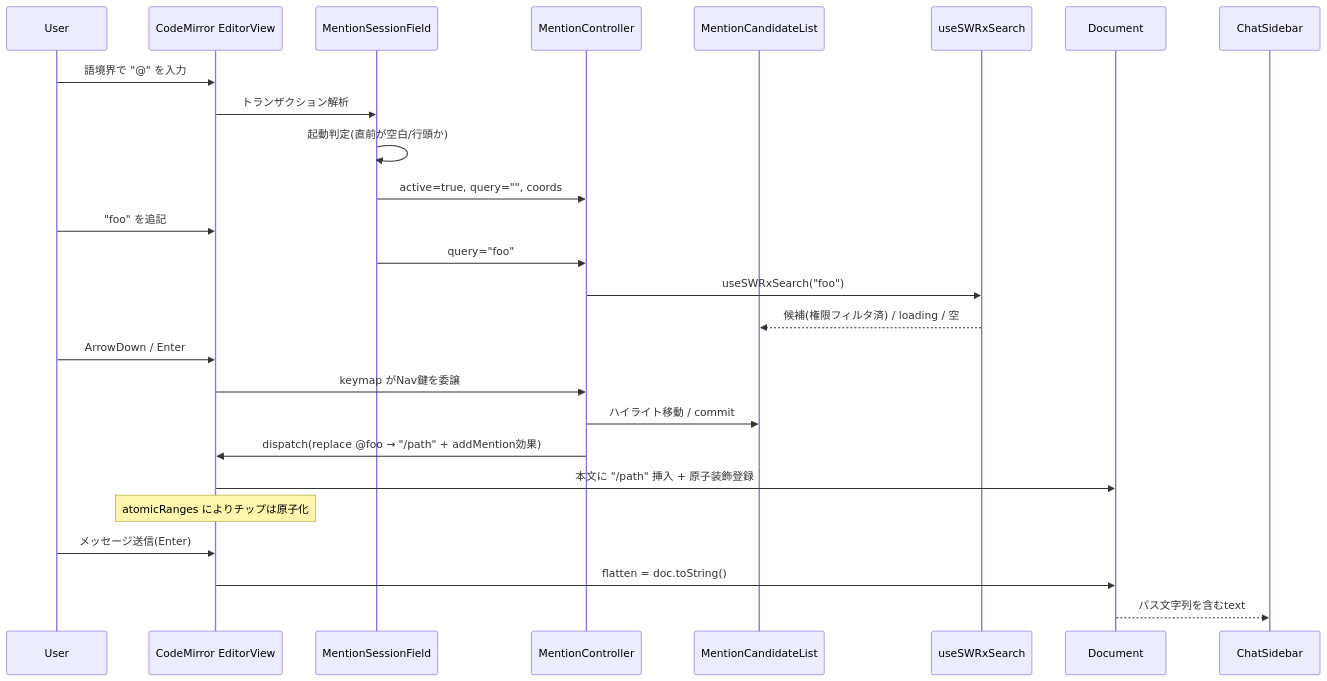
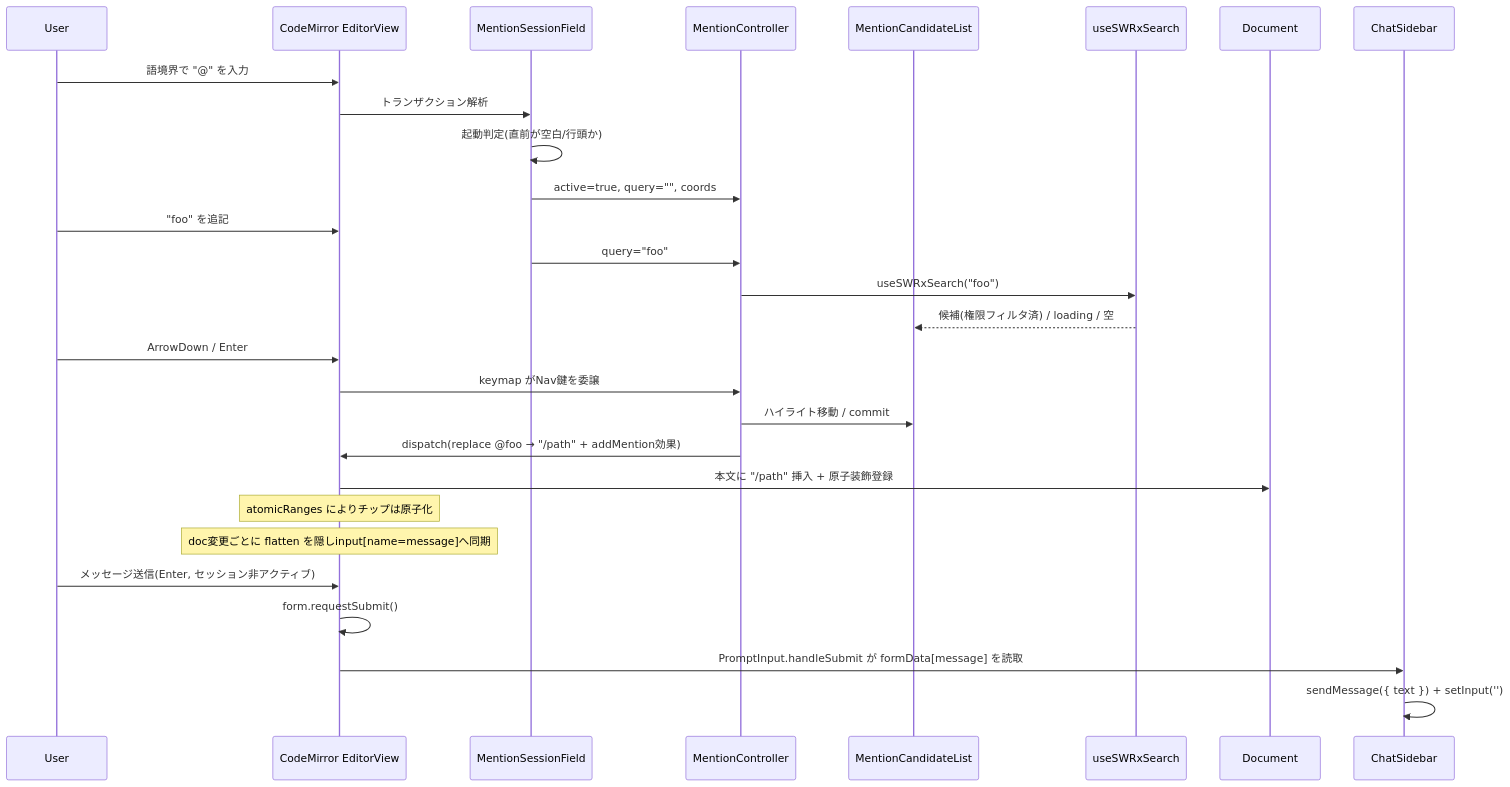
Before and after one commit to growilabs/growi: the second of 2 diagrams in .kiro/specs/ai-chat-page-mention/design.md, drawn with Mermaid. The commit also changed other lines of this file, not shown here.

Commit message:
feat: update PageMentionInput to synchronize hidden input for message submission and maintain existing form submission flow

````diff
--- a/.kiro/specs/ai-chat-page-mention/design.md
+++ b/.kiro/specs/ai-chat-page-mention/design.md
@@ -133,28 +133,30 @@
 ```mermaid
 sequenceDiagram
     participant User
     participant Editor as CodeMirror EditorView
     participant Session as MentionSessionField
     participant Controller as MentionController
     participant List as MentionCandidateList
     participant Search as useSWRxSearch
     participant Doc as Document
 
     User->>Editor: 語境界で "@" を入力
     Editor->>Session: トランザクション解析
     Session->>Session: 起動判定(直前が空白/行頭か)
     Session->>Controller: active=true, query="", coords
     User->>Editor: "foo" を追記
     Session->>Controller: query="foo"
     Controller->>Search: useSWRxSearch("foo")
     Search-->>List: 候補(権限フィルタ済) / loading / 空
     User->>Editor: ArrowDown / Enter
     Editor->>Controller: keymap がNav鍵を委譲
     Controller->>List: ハイライト移動 / commit
     Controller->>Editor: dispatch(replace @foo → "/path" + addMention効果)
     Editor->>Doc: 本文に "/path" 挿入 + 原子装飾登録
     Note over Editor: atomicRanges によりチップは原子化
-    User->>Editor: メッセージ送信(Enter)
-    Editor->>Doc: flatten = doc.toString()
-    Doc-->>ChatSidebar: パス文字列を含むtext
+    Note over Editor: doc変更ごとに flatten を隠しinput[name=message]へ同期
+    User->>Editor: メッセージ送信(Enter, セッション非アクティブ)
+    Editor->>Editor: form.requestSubmit()
+    Editor->>ChatSidebar: PromptInput.handleSubmit が formData[message] を読取
+    ChatSidebar->>ChatSidebar: sendMessage({ text }) + setInput('')
 ```
````
